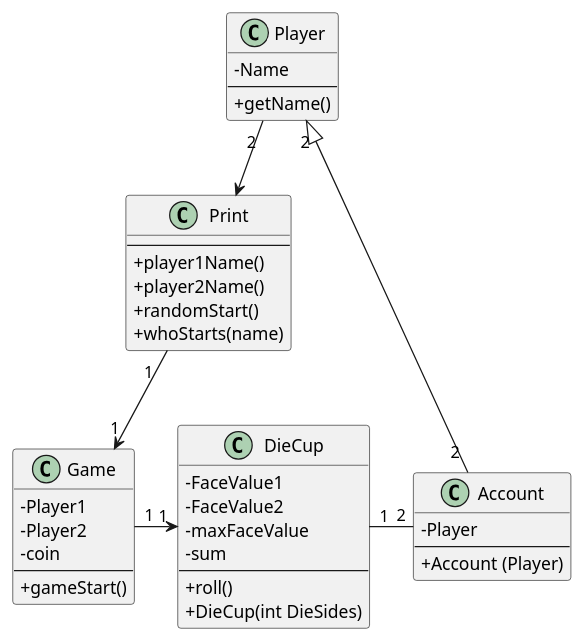
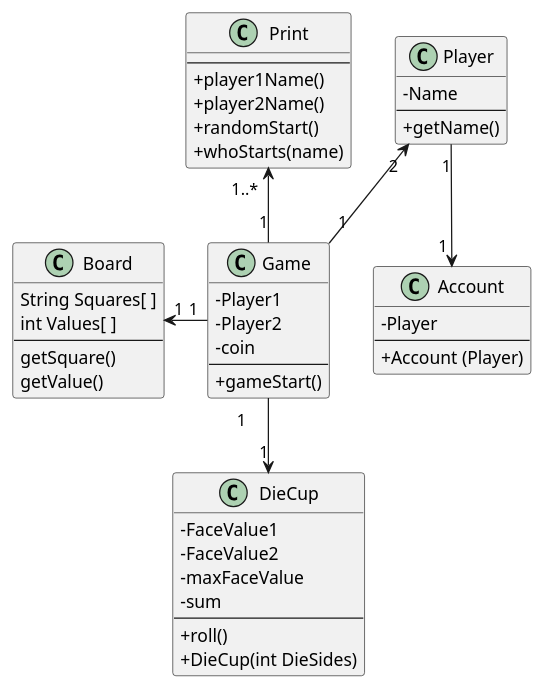
Before and after one commit to Jakob-SA/CDIO-2: the diagram in src/plantUML_Diagrams/Design class diagram.puml, drawn with PlantUML.

Commit message:
Design class diagram v5

```diff
--- a/src/plantUML_Diagrams/Design class diagram.puml
+++ b/src/plantUML_Diagrams/Design class diagram.puml
@@ -1,44 +1,53 @@
 @startuml
 'https://plantuml.com/class-diagram
 skinparam classAttributeIconSize 0
 class Account {
 - Player
 ----
 + Account (Player)
 }
 
 class Player {
 -Name
 ----
 +getName()
 }
 class DieCup {
 - FaceValue1
 - FaceValue2
 - maxFaceValue
 - sum
 ----
 +roll()
 +DieCup(int DieSides)
 }
 class Print {
 ----
 +player1Name()
 +player2Name()
 +randomStart()
 +whoStarts(name)
 }
 
 class Game {
 -Player1
 -Player2
 -coin
 ----
 +gameStart()
 }
-Player "2 "--> Print
-Print "1  "--> "1"Game
-Game "1     " -> "1"DieCup
-DieCup "1"- "    2"Account
-Player "2"<|- "2 "Account
+class Board{
+String Squares[ ]
+int Values[ ]
+----
+getSquare()
+getValue()
+}
+
+Print "1..*  "<-- "1"Game
+Game "1     " --> "1"DieCup
+Player "1" --> "1 "Account
+Board "1" <- "1" Game
+Player "2 " <-- "1  "Game
+
 @enduml
```
